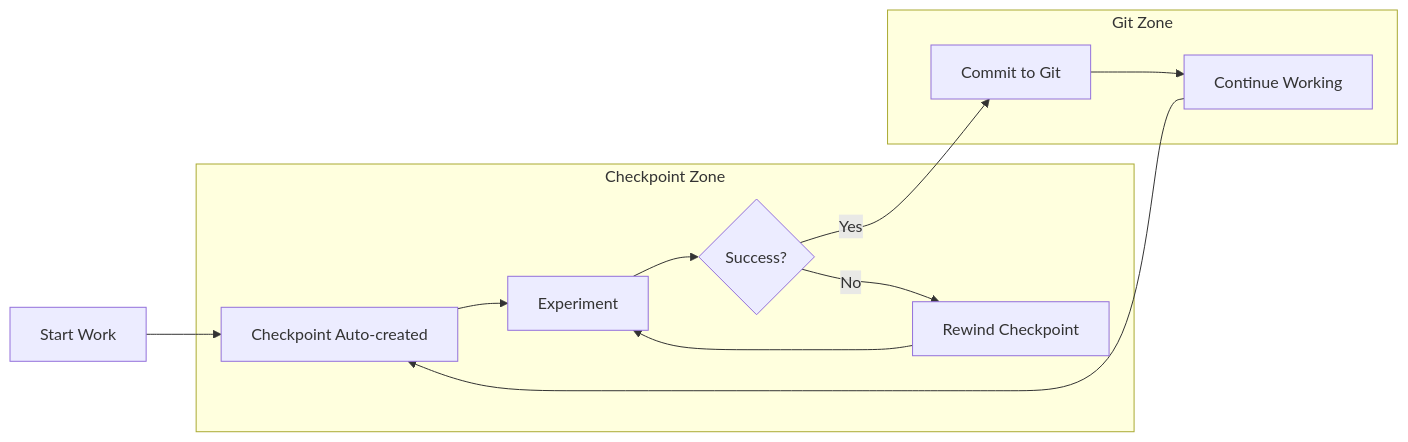
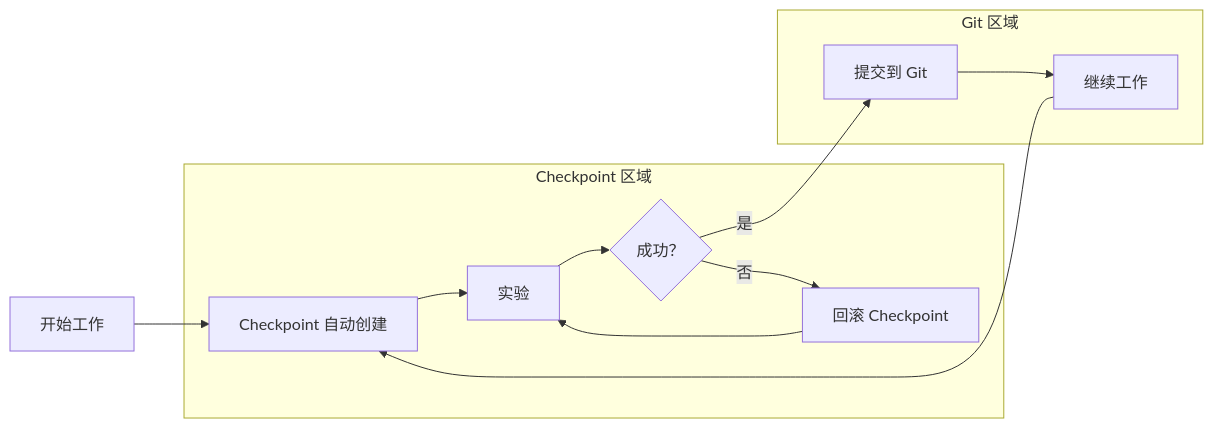
One commit to hellojoju/claude-code-lesson changed the seventh of 7 diagrams in 08-checkpoints/README.md. Above: the diagram before and after it, drawn with Mermaid. The commit also changed other lines of this file and 9 other files, not shown here.

````diff
--- a/08-checkpoints/README.md
+++ b/08-checkpoints/README.md
@@ -1244,25 +1244,25 @@
 ```mermaid
 flowchart LR
-    A[Start Work] --> B[Checkpoint Auto-created]
-    B --> C[Experiment]
-    C --> D{Success?}
+    A[开始工作] --> B[Checkpoint 自动创建]
+    B --> C[实验]
+    C --> D{成功？}
     
-    D -->|No| E[Rewind Checkpoint]
+    D -->|否| E[回滚 Checkpoint]
     E --> C
     
-    D -->|Yes| F[Commit to Git]
-    F --> G[Continue Working]
+    D -->|是| F[提交到 Git]
+    F --> G[继续工作]
     G --> B
     
-    subgraph "Checkpoint Zone"
+    subgraph "Checkpoint 区域"
         B
         C
         D
         E
     end
     
-    subgraph "Git Zone"
+    subgraph "Git 区域"
         F
         G
     end
 ```
````
